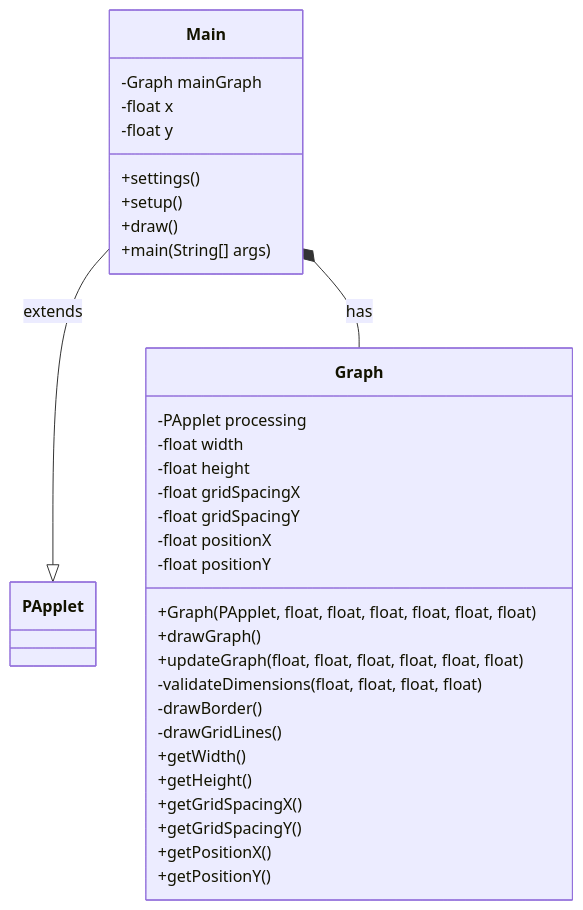
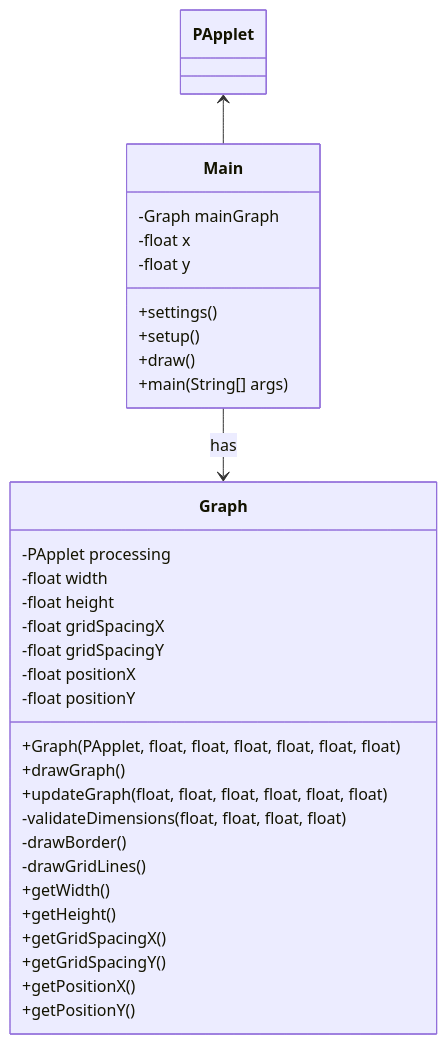
The diagram in README.md (SedWilliams/MathFunctionVisualizer), drawn with Mermaid before and after one commit.

Commit message:
Update mermaid chart

````diff
--- a/README.md
+++ b/README.md
@@ -12,38 +13,37 @@
 ```mermaid
 classDiagram
     class Main {
         -Graph mainGraph
         -float x
         -float y
         +settings()
         +setup()
         +draw()
         +main(String[] args)
     }
     
     class Graph {
         -PApplet processing
         -float width
         -float height
         -float gridSpacingX
         -float gridSpacingY
         -float positionX
         -float positionY
         +Graph(PApplet, float, float, float, float, float, float)
         +drawGraph()
         +updateGraph(float, float, float, float, float, float)
         -validateDimensions(float, float, float, float)
         -drawBorder()
         -drawGridLines()
         +getWidth()
         +getHeight()
         +getGridSpacingX()
         +getGridSpacingY()
         +getPositionX()
         +getPositionY()
     }
     
-    Main --|> PApplet : extends
-    Main *-- Graph : has
-
+    PApplet <-- Main
+    Main --> Graph : has
 ```
````
